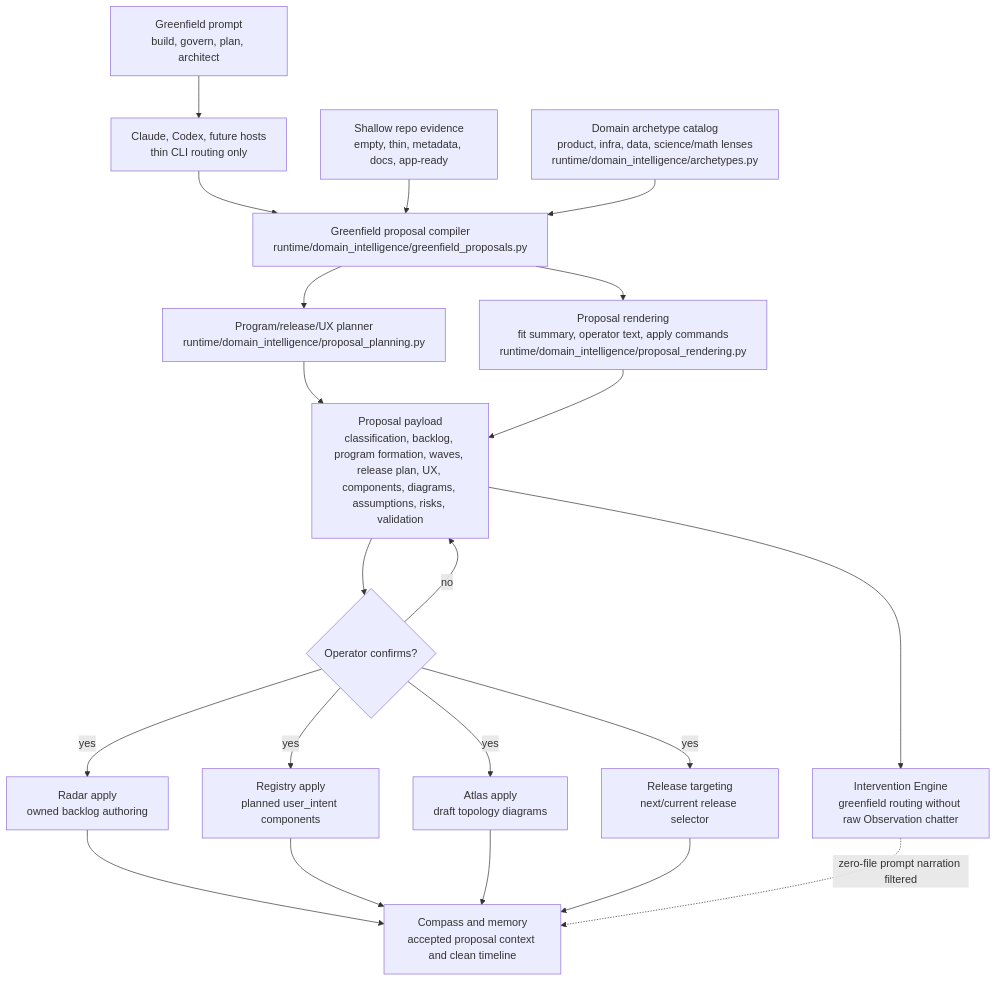
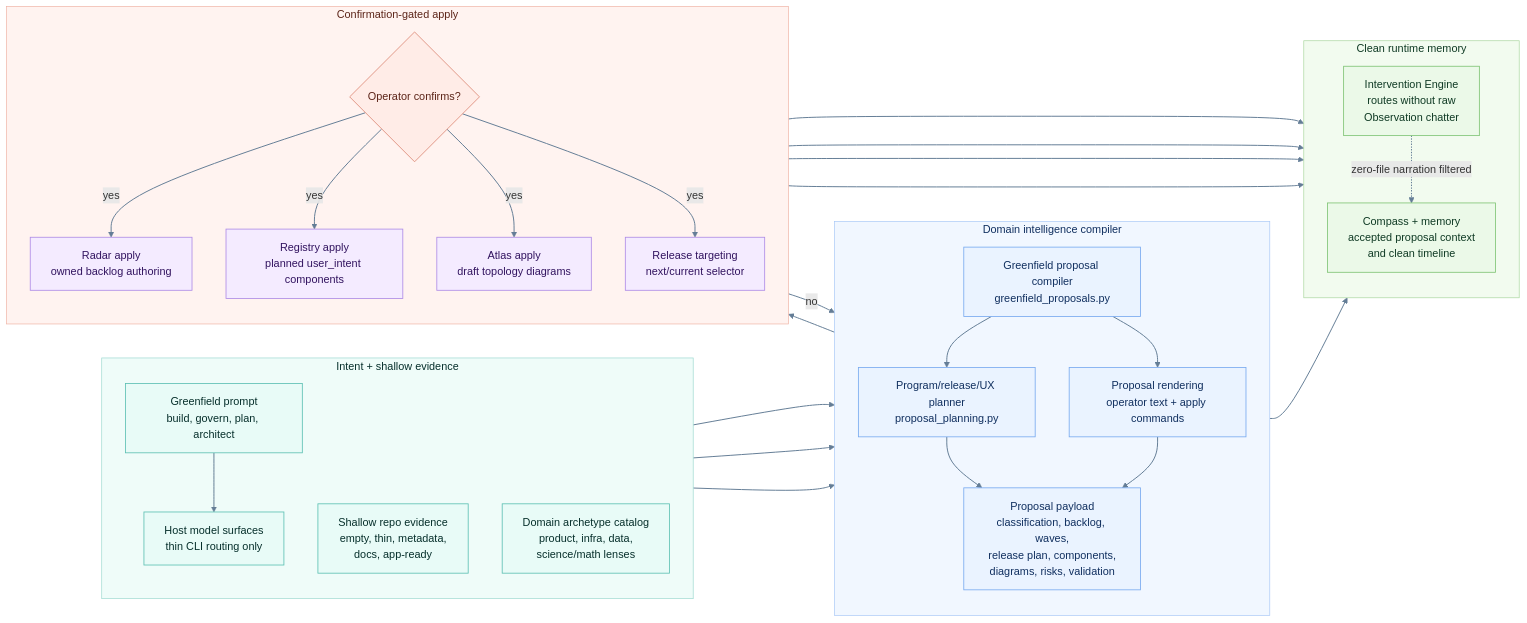
The diagram in odylith/atlas/source/domain-intelligence-greenfield-governance.mmd (odylith/odylith), drawn with Mermaid before and after one commit. The commit also changed 350 other files, not shown here.

```diff
--- a/odylith/atlas/source/domain-intelligence-greenfield-governance.mmd
+++ b/odylith/atlas/source/domain-intelligence-greenfield-governance.mmd
@@ -1,37 +1,67 @@
-flowchart TB
-    prompt["Greenfield prompt<br/>build, govern, plan, architect"]
-    source["Shallow repo evidence<br/>empty, thin, metadata, docs, app-ready"]
-    catalog["Domain archetype catalog<br/>product, infra, data, science/math lenses<br/>runtime/domain_intelligence/archetypes.py"]
-    compiler["Greenfield proposal compiler<br/>runtime/domain_intelligence/greenfield_proposals.py"]
-    planning["Program/release/UX planner<br/>runtime/domain_intelligence/proposal_planning.py"]
-    rendering["Proposal rendering<br/>fit summary, operator text, apply commands<br/>runtime/domain_intelligence/proposal_rendering.py"]
-    proposal["Proposal payload<br/>classification, backlog, program formation, waves, release plan, UX, components, diagrams, assumptions, risks, validation"]
-    confirm{"Operator confirms?"}
-    radar["Radar apply<br/>owned backlog authoring"]
-    registry["Registry apply<br/>planned user_intent components"]
-    atlas["Atlas apply<br/>draft topology diagrams"]
-    release["Release targeting<br/>next/current release selector"]
-    compass["Compass and memory<br/>accepted proposal context and clean timeline"]
-    intervention["Intervention Engine<br/>greenfield routing without raw Observation chatter"]
-    host["Claude, Codex, future hosts<br/>thin CLI routing only"]
+flowchart LR
+    subgraph intent_lane["Intent + shallow evidence"]
+      direction TB
+      prompt["Greenfield prompt<br/>build, govern, plan, architect"]
+      host["Host model surfaces<br/>thin CLI routing only"]
+      source["Shallow repo evidence<br/>empty, thin, metadata,<br/>docs, app-ready"]
+      catalog["Domain archetype catalog<br/>product, infra, data,<br/>science/math lenses"]
+    end
+
+    subgraph reasoning_lane["Domain intelligence compiler"]
+      direction TB
+      compiler["Greenfield proposal compiler<br/>greenfield_proposals.py"]
+      planning["Program/release/UX planner<br/>proposal_planning.py"]
+      rendering["Proposal rendering<br/>operator text + apply commands"]
+      proposal["Proposal payload<br/>classification, backlog, waves,<br/>release plan, components,<br/>diagrams, risks, validation"]
+    end
+
+    subgraph confirmation_lane["Confirmation-gated apply"]
+      direction TB
+      confirm{"Operator confirms?"}
+      radar["Radar apply<br/>owned backlog authoring"]
+      registry["Registry apply<br/>planned user_intent components"]
+      atlas["Atlas apply<br/>draft topology diagrams"]
+      release["Release targeting<br/>next/current selector"]
+    end
+
+    subgraph memory_lane["Clean runtime memory"]
+      direction TB
+      intervention["Intervention Engine<br/>routes without raw<br/>Observation chatter"]
+      compass["Compass + memory<br/>accepted proposal context<br/>and clean timeline"]
+    end
 
     prompt --> host
     host --> compiler
     source --> compiler
     catalog --> compiler
-    compiler --> planning
-    planning --> proposal
-    compiler --> rendering
-    rendering --> proposal
+    compiler --> planning --> proposal
+    compiler --> rendering --> proposal
     proposal --> intervention
     proposal --> confirm
     confirm -- "no" --> proposal
     confirm -- "yes" --> radar
     confirm -- "yes" --> registry
     confirm -- "yes" --> atlas
     confirm -- "yes" --> release
     radar --> compass
     registry --> compass
     atlas --> compass
     release --> compass
-    intervention -. "zero-file prompt narration filtered" .-> compass
+    intervention -. "zero-file narration filtered" .-> compass
+
+    classDef input fill:#e8fbf7,stroke:#5bbfb2,color:#062f2b,stroke-width:1.2px;
+    classDef intelligence fill:#eaf3ff,stroke:#77a9ef,color:#102f5f,stroke-width:1.2px;
+    classDef decision fill:#ffece7,stroke:#df8f7d,color:#5c2418,stroke-width:1.3px;
+    classDef apply fill:#f4ebff,stroke:#ad8ae6,color:#31135f,stroke-width:1.2px;
+    classDef memory fill:#ebf9e8,stroke:#7ec373,color:#0f3a24,stroke-width:1.2px;
+    class prompt,host,source,catalog input;
+    class compiler,planning,rendering,proposal intelligence;
+    class confirm decision;
+    class radar,registry,atlas,release apply;
+    class intervention,compass memory;
+
+    style intent_lane fill:#effcf9,stroke:#9bd8cf,stroke-width:1px,color:#062f2b
+    style reasoning_lane fill:#f1f7ff,stroke:#a8c7f7,stroke-width:1px,color:#102f5f
+    style confirmation_lane fill:#fff3f0,stroke:#efb3a4,stroke-width:1px,color:#5c2418
+    style memory_lane fill:#f2fbef,stroke:#a9d69e,stroke-width:1px,color:#0f3a24
+    linkStyle default stroke:#647d96,stroke-width:1.45px
```
